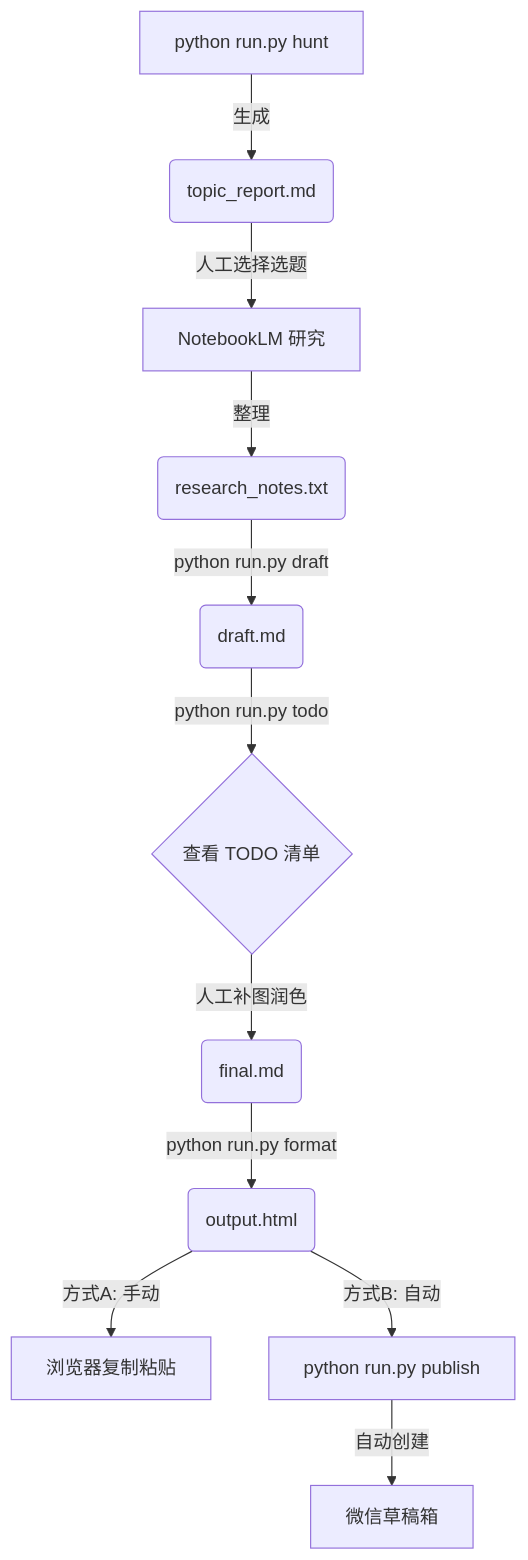
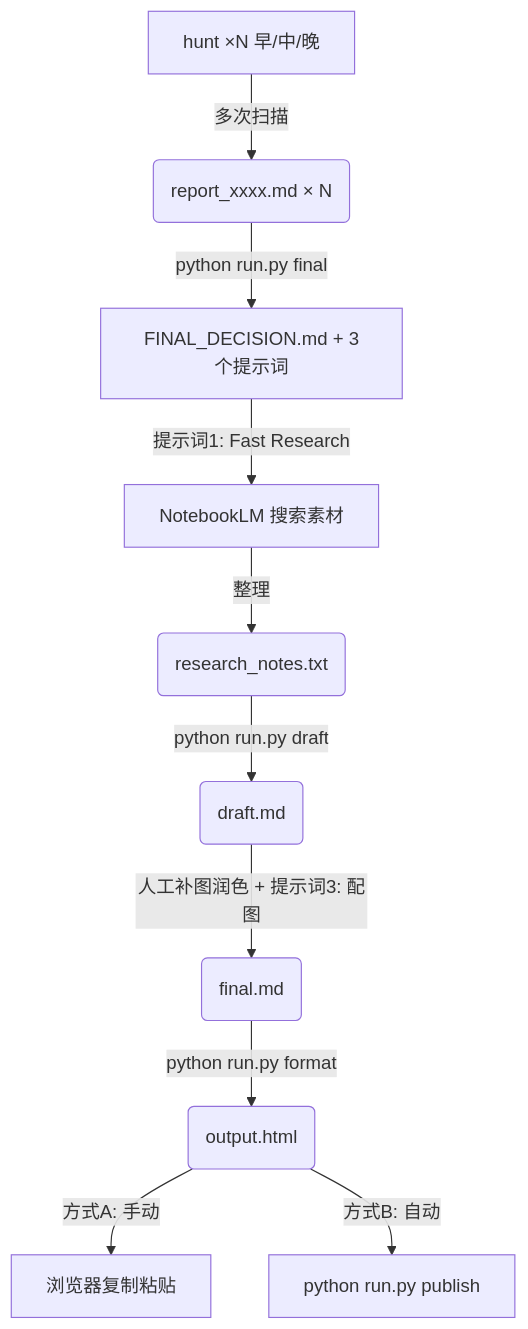
Before and after one commit to Wzh2learn/wx_articles: the diagram in README.md, drawn with Mermaid. The commit also changed other lines of this file and 2 other files, not shown here.

First line of the commit message:
feat: ✨ 新增综合选题命令 (python run.py final)

````diff
--- a/README.md
+++ b/README.md
@@ -130,13 +133,12 @@
 ```mermaid
 graph TD
-    A[python run.py hunt] -->|生成| B(topic_report.md)
-    B -->|人工选择选题| C[NotebookLM 研究]
-    C -->|整理| D(research_notes.txt)
-    D -->|python run.py draft| E(draft.md)
-    E -->|python run.py todo| F{查看 TODO 清单}
-    F -->|人工补图润色| G(final.md)
+    A[hunt ×N 早/中/晚] -->|多次扫描| B(report_xxxx.md × N)
+    B -->|python run.py final| C[FINAL_DECISION.md + 3个提示词]
+    C -->|提示词1: Fast Research| D[NotebookLM 搜索素材]
+    D -->|整理| E(research_notes.txt)
+    E -->|python run.py draft| F(draft.md)
+    F -->|人工补图润色 + 提示词3: 配图| G(final.md)
     G -->|python run.py format| H(output.html)
     H -->|方式A: 手动| I[浏览器复制粘贴]
     H -->|方式B: 自动| J[python run.py publish]
-    J -->|自动创建| K[微信草稿箱]
 ```
````
